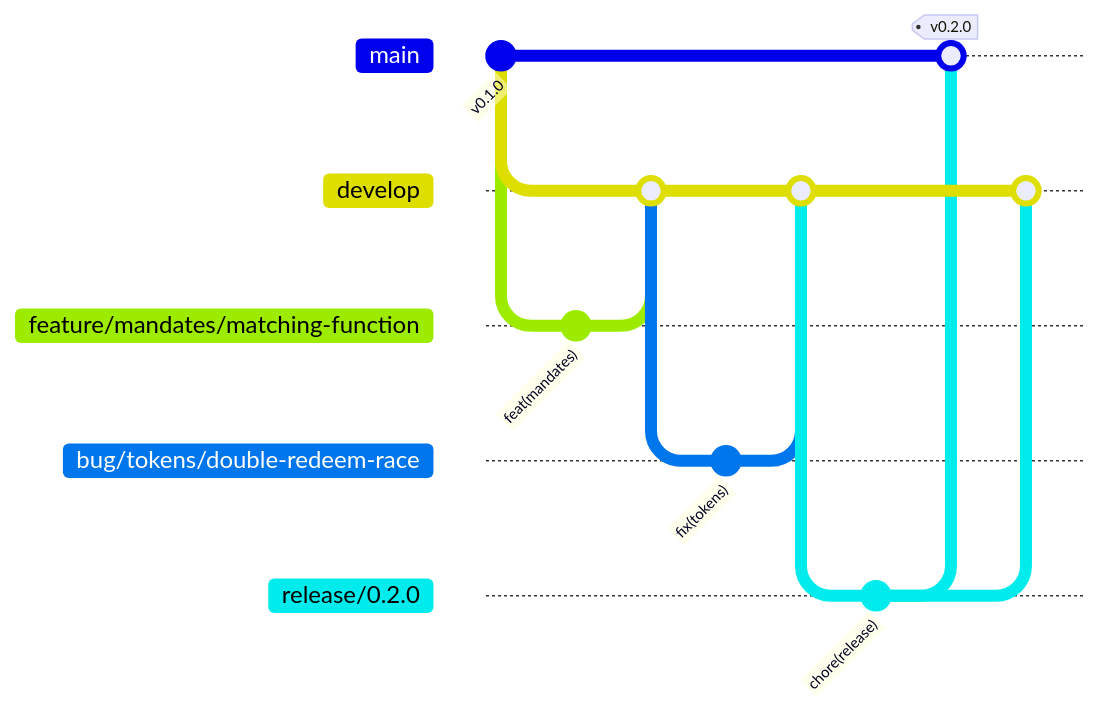
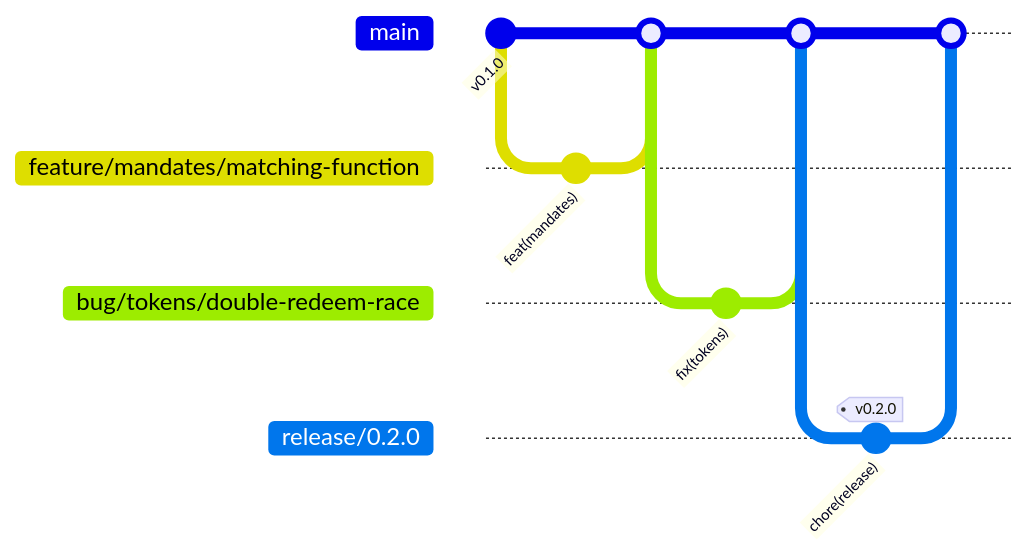
Before and after one commit to HeapifyGlobalCommunityy/Mandit-OS: the diagram in CONTRIBUTING.md, drawn with Mermaid. The commit also changed other lines of this file and 5 other files, not shown here.

First line of the commit message:
docs(docs): make main the integration branch and drop develop

````diff
--- a/CONTRIBUTING.md
+++ b/CONTRIBUTING.md
@@ -117,20 +115,16 @@
 ```mermaid
 gitGraph
     commit id: "v0.1.0"
-    branch develop
-    checkout develop
     branch "feature/mandates/matching-function"
     commit id: "feat(mandates)"
-    checkout develop
+    checkout main
     merge "feature/mandates/matching-function"
     branch "bug/tokens/double-redeem-race"
     commit id: "fix(tokens)"
-    checkout develop
+    checkout main
     merge "bug/tokens/double-redeem-race"
     branch "release/0.2.0"
-    commit id: "chore(release)"
+    commit id: "chore(release)" tag: "v0.2.0"
     checkout main
-    merge "release/0.2.0" tag: "v0.2.0"
-    checkout develop
     merge "release/0.2.0"
 ```
````
